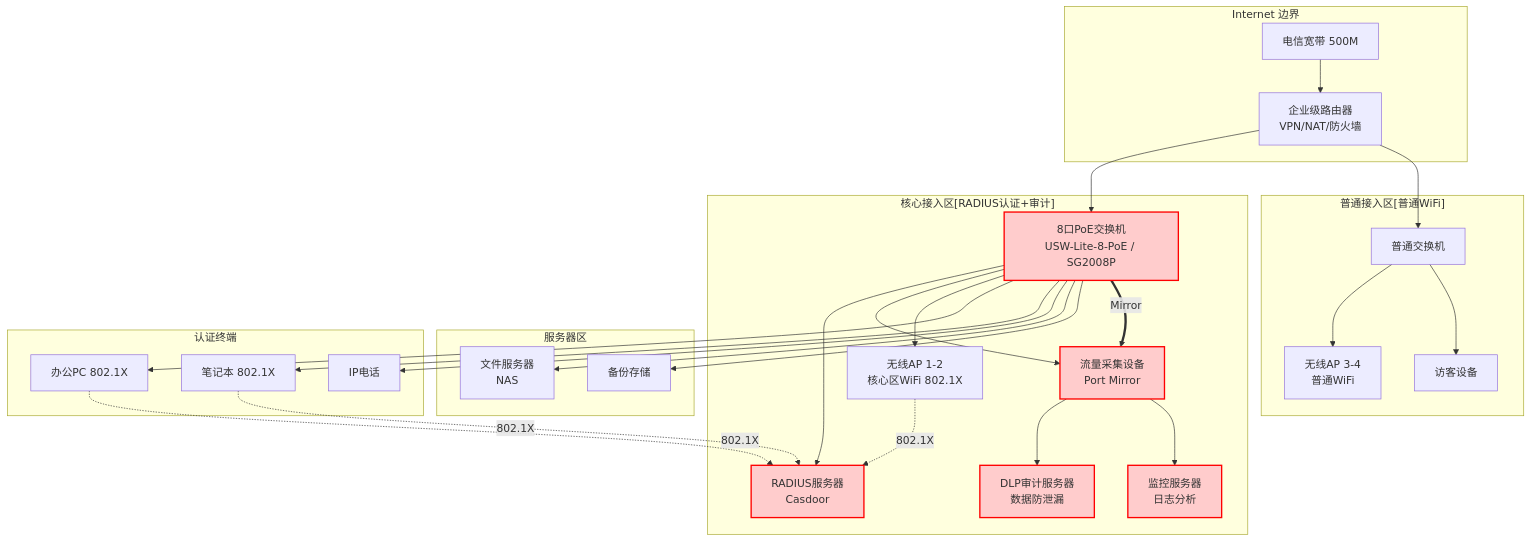
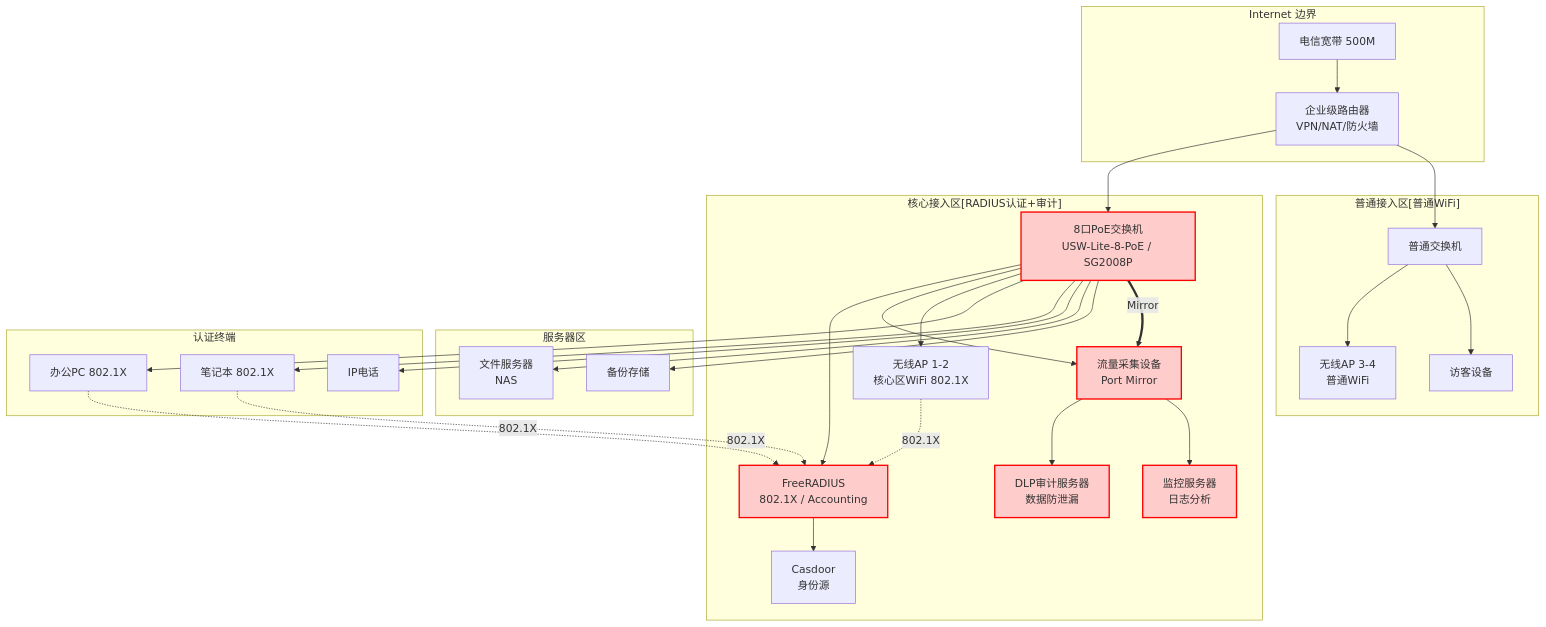
The diagram in src/content/docs/03-architecture/network-design/index.md (stars-labs/full-it-infra-design-docs), drawn with Mermaid before and after one commit. The commit also changed other lines of this file and 14 other files, not shown here.

First line of the commit message:
docs: modernize infrastructure architecture

````diff
--- a/src/content/docs/03-architecture/network-design/index.md
+++ b/src/content/docs/03-architecture/network-design/index.md
@@ -19,69 +19,71 @@
 ```mermaid
 graph TB
     subgraph "Internet 边界"
         ISP[电信宽带 500M]
         ROUTER[企业级路由器<br/>VPN/NAT/防火墙]
     end
 
     subgraph "核心接入区[RADIUS认证+审计]"
         CORE_SWITCH[8口PoE交换机<br/>USW-Lite-8-PoE / SG2008P]
-        RADIUS[RADIUS服务器<br/>Casdoor]
+        RADIUS[FreeRADIUS<br/>802.1X / Accounting]
+        IDP[Casdoor<br/>身份源]
         TAP[流量采集设备<br/>Port Mirror]
         DLP[DLP审计服务器<br/>数据防泄漏]
         MON[监控服务器<br/>日志分析]
         AP_CORE[无线AP 1-2<br/>核心区WiFi 802.1X]
     end
 
     subgraph "普通接入区[普通WiFi]"
         SWITCH2[普通交换机]
         AP_GUEST[无线AP 3-4<br/>普通WiFi]
         PC_GUEST[访客设备]
     end
 
     subgraph "服务器区"
         FILE[文件服务器<br/>NAS]
         BACKUP[备份存储]
     end
 
     subgraph "认证终端"
         PC1[办公PC 802.1X]
         LAPTOP[笔记本 802.1X]
         PHONE[IP电话]
     end
 
     %% 边界连接
     ISP --> ROUTER
     ROUTER --> CORE_SWITCH
     ROUTER --> SWITCH2
 
     %% 核心区连接
     CORE_SWITCH --> RADIUS
+    RADIUS --> IDP
     CORE_SWITCH --> TAP
     TAP --> DLP
     TAP --> MON
     CORE_SWITCH --> AP_CORE
     CORE_SWITCH --> PC1
     CORE_SWITCH --> LAPTOP
     CORE_SWITCH --> PHONE
     CORE_SWITCH --> FILE
     CORE_SWITCH --> BACKUP
 
     %% 普通区连接
     SWITCH2 --> AP_GUEST
     SWITCH2 --> PC_GUEST
 
     %% RADIUS认证流量
     AP_CORE -.->|802.1X| RADIUS
     PC1 -.->|802.1X| RADIUS
     LAPTOP -.->|802.1X| RADIUS
 
     %% Port Mirror流量
     CORE_SWITCH ==Mirror==> TAP
 
     %% 样式
     style CORE_SWITCH fill:#ffcccc,stroke:#ff0000,stroke-width:2px
     style RADIUS fill:#ffcccc,stroke:#ff0000,stroke-width:2px
     style TAP fill:#ffcccc,stroke:#ff0000,stroke-width:2px
     style DLP fill:#ffcccc,stroke:#ff0000,stroke-width:2px
     style MON fill:#ffcccc,stroke:#ff0000,stroke-width:2px
 ```
````
